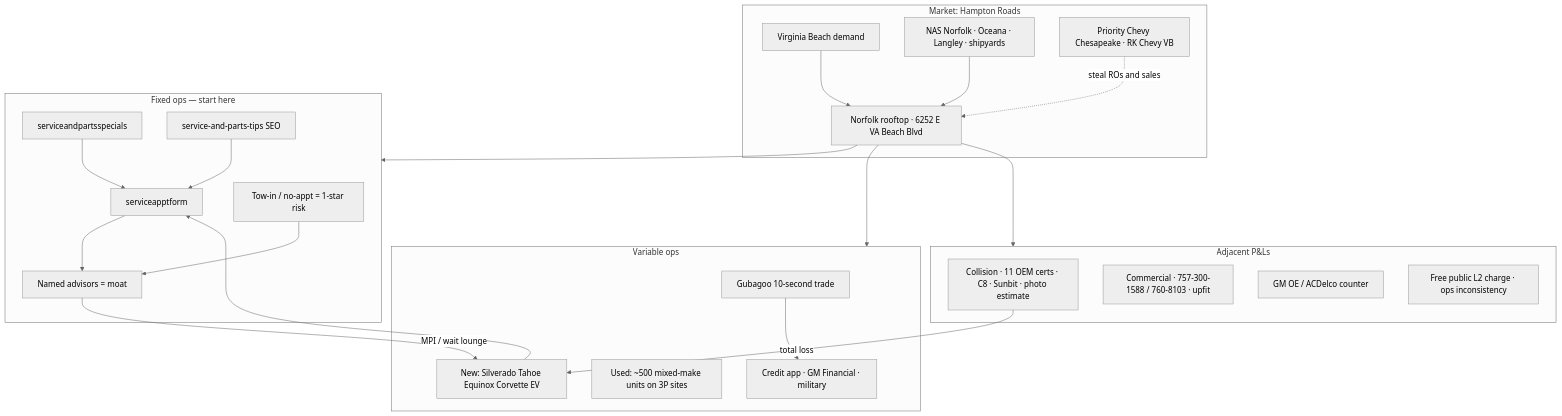
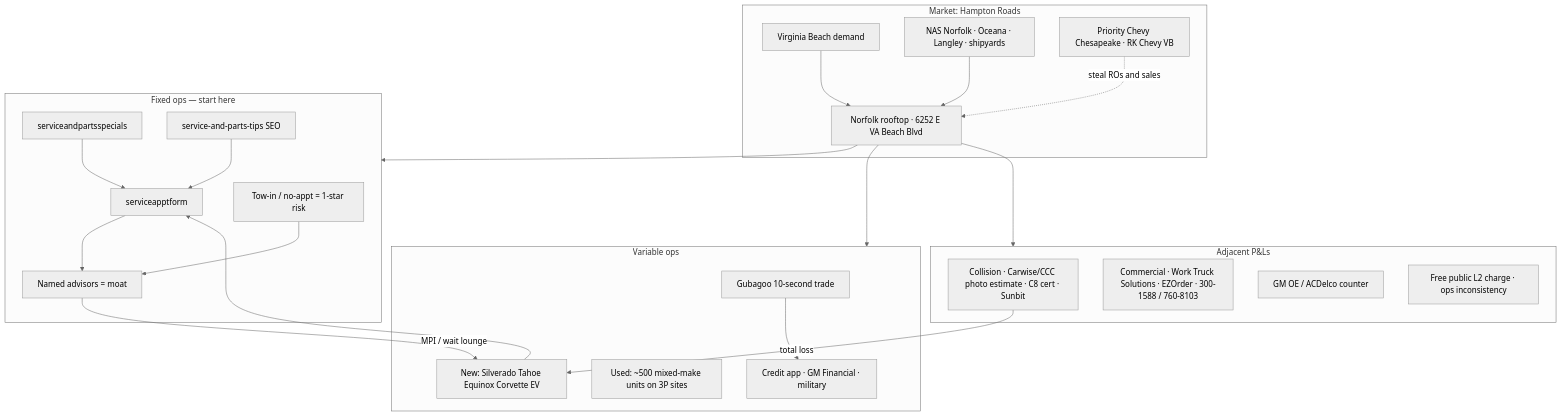
One commit to kavikah/rhchevy changed the diagram in docs/rooftop-poster.md. Above: the diagram before and after it, drawn with Mermaid (neutral theme). The commit also changed other lines of this file and 1 other file, not shown here.

First line of the commit message:
Fold parts, collision, and fleet capture stack into the rooftop map.

````diff
--- a/docs/rooftop-poster.md
+++ b/docs/rooftop-poster.md
@@ -5,48 +5,48 @@
 ```mermaid
 flowchart TB
   subgraph GEO ["Market: Hampton Roads"]
     VB["Virginia Beach demand"]
     NF["Norfolk rooftop · 6252 E VA Beach Blvd"]
     MIL["NAS Norfolk · Oceana · Langley · shipyards"]
     COMP["Priority Chevy Chesapeake · RK Chevy VB"]
   end
 
   VB --> NF
   MIL --> NF
   COMP -.->|"steal ROs and sales"| NF
 
   subgraph FIXED ["Fixed ops — start here"]
     APPT["serviceapptform"]
     COUP["serviceandpartsspecials"]
     SEO["service-and-parts-tips SEO"]
     ADV["Named advisors = moat"]
     TOW["Tow-in / no-appt = 1-star risk"]
   end
 
   subgraph VAR ["Variable ops"]
     NEW["New: Silverado Tahoe Equinox Corvette EV"]
     USED["Used: ~500 mixed-make units on 3P sites"]
     TRADE["Gubagoo 10-second trade"]
     FI["Credit app · GM Financial · military"]
   end
 
   subgraph ADJ ["Adjacent P&Ls"]
-    COLL["Collision · 11 OEM certs · C8 · Sunbit · photo estimate"]
-    FLEET["Commercial · 757-300-1588 / 760-8103 · upfit"]
+    COLL["Collision · Carwise/CCC photo estimate · C8 cert · Sunbit"]
+    FLEET["Commercial · Work Truck Solutions · EZOrder · 300-1588 / 760-8103"]
     PARTS["GM OE / ACDelco counter"]
     EV["Free public L2 charge · ops inconsistency"]
   end
 
   NF --> FIXED
   NF --> VAR
   NF --> ADJ
 
   APPT --> ADV
   COUP --> APPT
   SEO --> APPT
   TOW --> ADV
   ADV -->|"MPI / wait lounge"| NEW
   COLL -->|"total loss"| NEW
   TRADE --> FI
   NEW --> APPT
 ```
````
